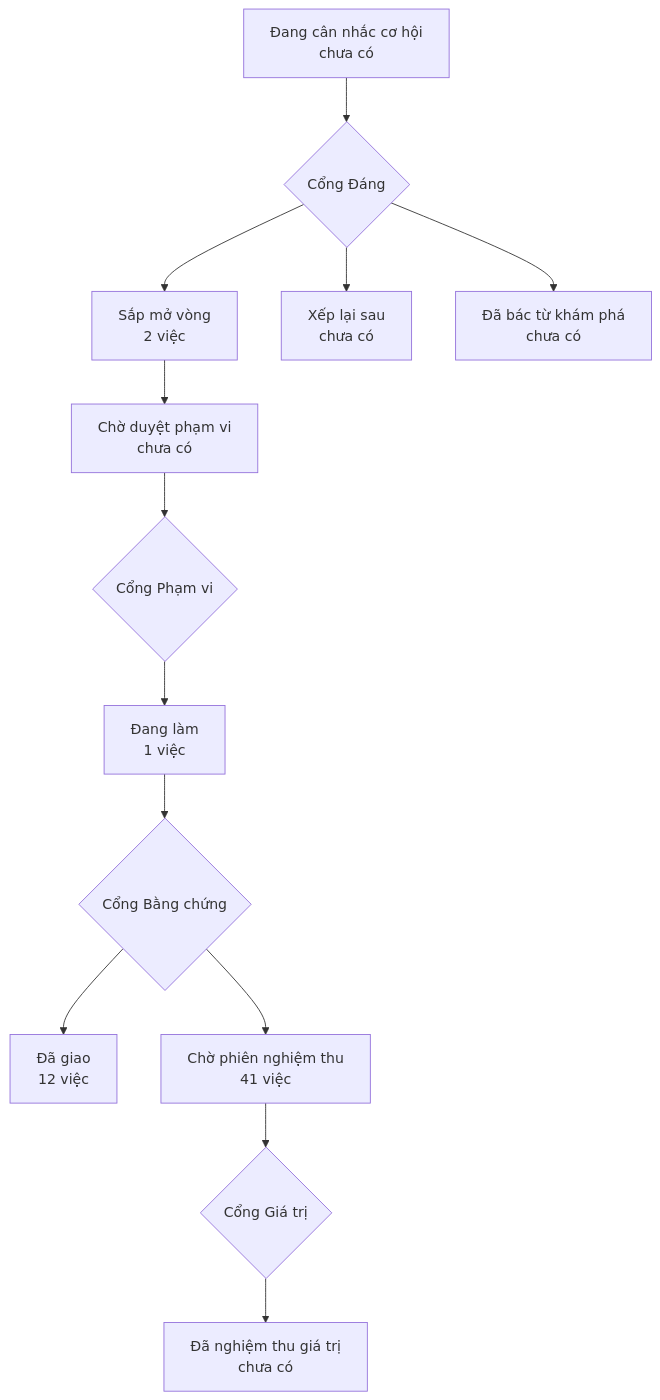
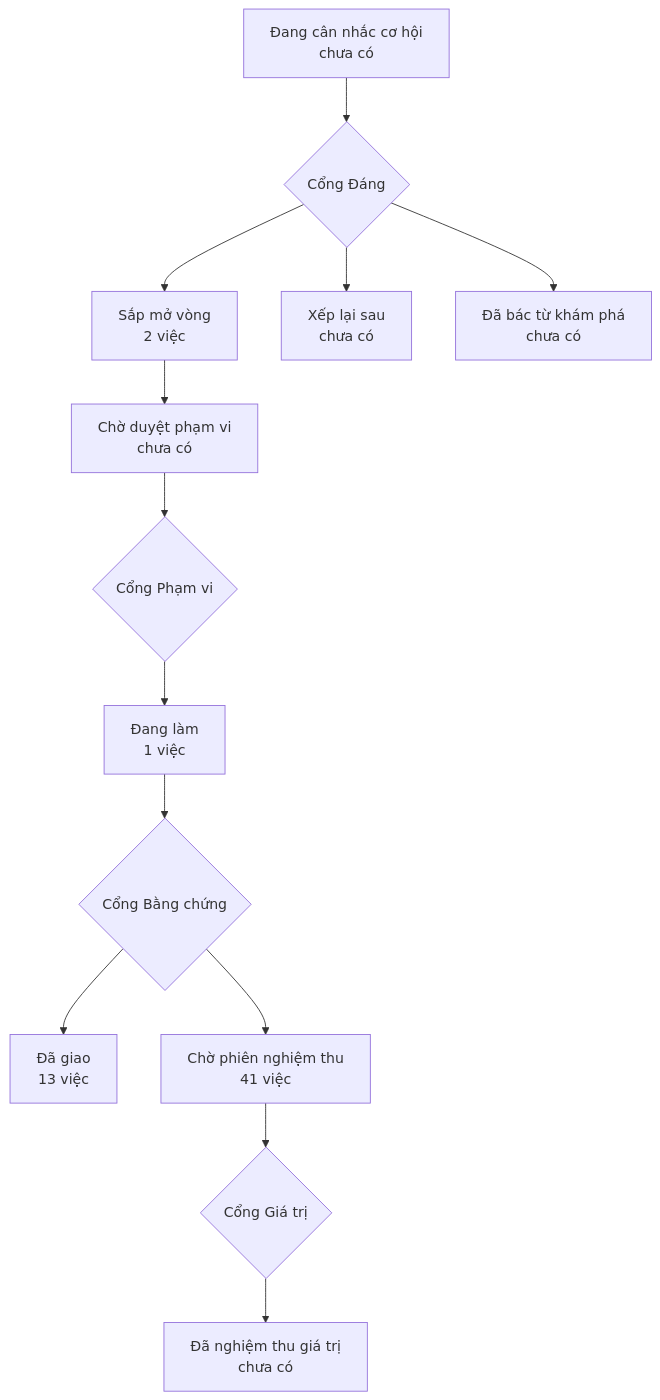
One commit to phanlemanh/onehub-quy-hang changed the diagram in PRODUCT-MAP.md. Above: the diagram before and after it, drawn with Mermaid. The commit also changed other lines of this file and 1 other file, not shown here.

Commit message:
chore: vẽ lại bản đồ sau gộp main

````diff
--- a/PRODUCT-MAP.md
+++ b/PRODUCT-MAP.md
@@ -7,12 +7,12 @@
 ```mermaid
 flowchart TD
   A["Đang cân nhắc cơ hội<br/>chưa có"] --> GD{"Cổng Đáng"}
   GD --> B["Sắp mở vòng<br/>2 việc"]
   GD --> XL["Xếp lại sau<br/>chưa có"]
   GD --> DB["Đã bác từ khám phá<br/>chưa có"]
   B --> CD["Chờ duyệt phạm vi<br/>chưa có"] --> GP{"Cổng Phạm vi"}
   GP --> DL["Đang làm<br/>1 việc"] --> GB{"Cổng Bằng chứng"}
-  GB --> DG["Đã giao<br/>12 việc"]
+  GB --> DG["Đã giao<br/>13 việc"]
   GB --> CN["Chờ phiên nghiệm thu<br/>41 việc"] --> GG{"Cổng Giá trị"}
   GG --> NT["Đã nghiệm thu giá trị<br/>chưa có"]
 ```
````
